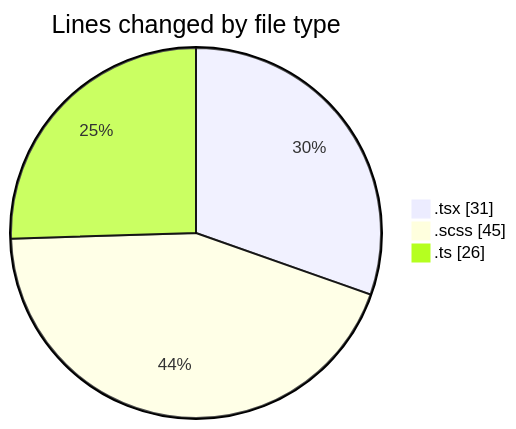
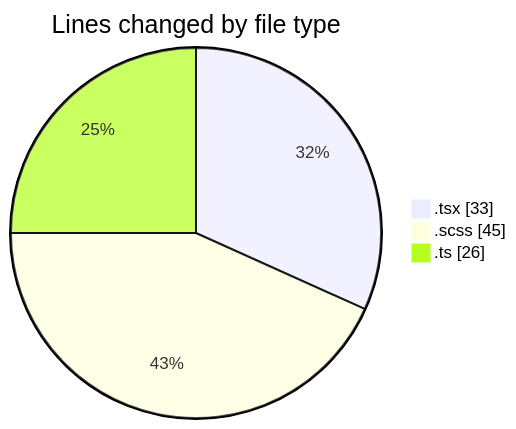
Before and after one commit to momahboobian/code-tracking: the first of 2 diagrams in 2025-04-09/cda/README.md, drawn with Mermaid. The commit also changed other lines of this file and 1 other file, not shown here.

````diff
--- a/2025-04-09/cda/README.md
+++ b/2025-04-09/cda/README.md
@@ -23,7 +23,7 @@
 ```mermaid
 pie showData
 title Lines changed by file type
-".tsx" : 31
+".tsx" : 33
 ".scss" : 45
 ".ts" : 26
 ```
````
